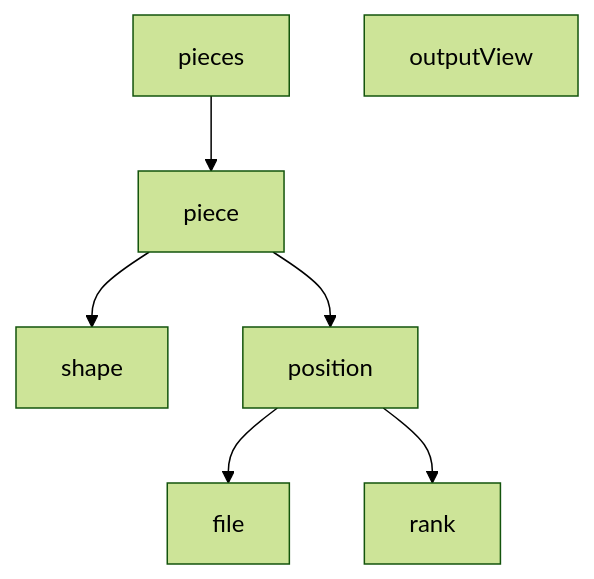
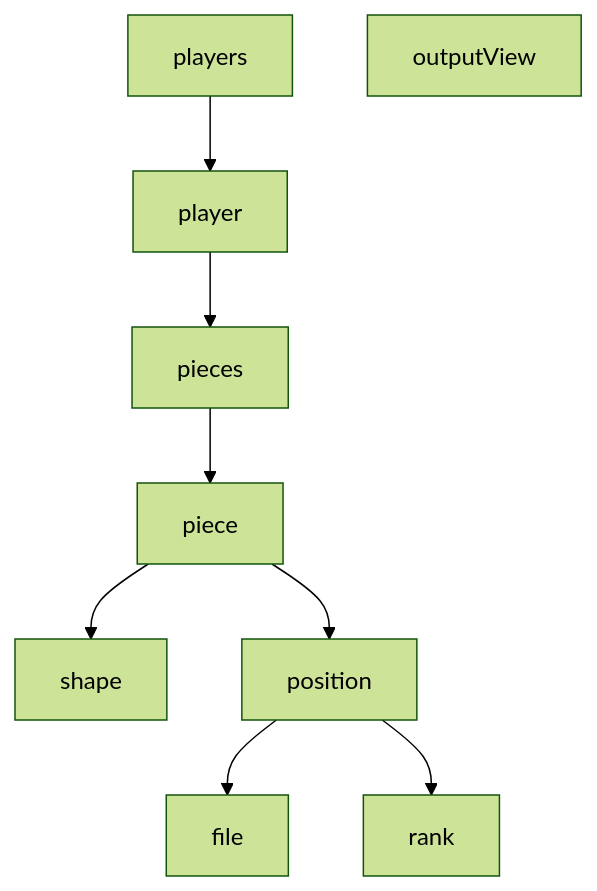
Before and after one commit to woowacourse/java-chess: the diagram in README.md, drawn with Mermaid (forest theme). The commit also changed other lines of this file and 2 other files, not shown here.

Commit message:
Feat(Players): 플레이어들을 관리하는 객체 구현

````diff
--- a/README.md
+++ b/README.md
@@ -11,10 +11,12 @@
 ```mermaid
 graph TD
 D[pieces] --> A;
 A[piece] --> B[shape];
 A[piece] --> C[position];
 C --> E[file];
 C --> F[rank];
 
+H[player] --> D;
+I[players] --> H;
 G[outputView]
 ```
````
